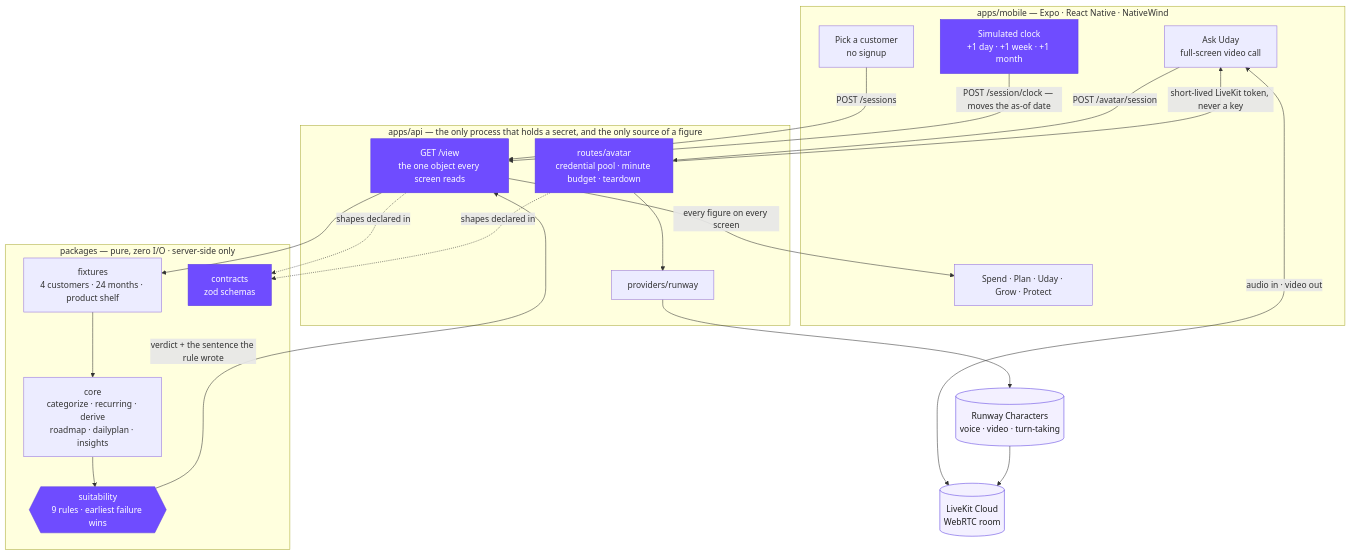
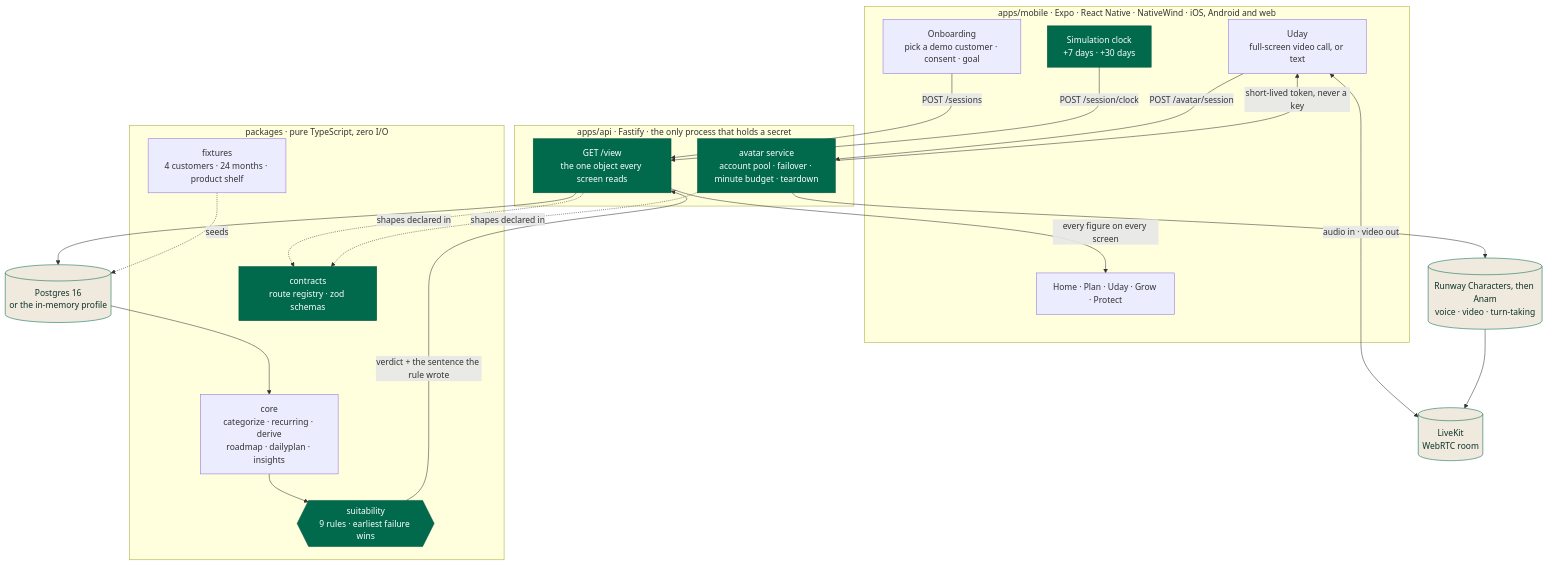
Before and after one commit to dhan-sarthi/dhan-sarthi: the second of 4 diagrams in README.md, drawn with Mermaid. The commit also changed other lines of this file and 18 other files, not shown here.

First line of the commit message:
Rewrite the README around the app as it is, with screens from the live deployment

````diff
--- a/README.md
+++ b/README.md
@@ -41,46 +158,49 @@
 ```mermaid
 flowchart TB
-    subgraph web["apps/mobile — Expo · React Native · NativeWind"]
-      PICK["Pick a customer<br/>no signup"]
-      TABS["Spend · Plan · Uday · Grow · Protect"]
-      ASK["Ask Uday<br/>full-screen video call"]
-      CLOCK["Simulated clock<br/>+1 day · +1 week · +1 month"]
+    subgraph app["apps/mobile · Expo · React Native · NativeWind · iOS, Android and web"]
+      ONB["Onboarding<br/>pick a demo customer · consent · goal"]
+      TABS["Home · Plan · Uday · Grow · Protect"]
+      CALL["Uday<br/>full-screen video call, or text"]
+      CLOCK["Simulation clock<br/>+7 days · +30 days"]
     end
 
-    subgraph api["apps/api — the only process that holds a secret, and the only source of a figure"]
+    subgraph api["apps/api · Fastify · the only process that holds a secret"]
       VIEW["GET /view<br/>the one object every screen reads"]
-      ROUTE["routes/avatar<br/>credential pool · minute budget · teardown"]
-      RW["providers/runway"]
+      AV["avatar service<br/>account pool · failover · minute budget · teardown"]
     end
 
-    subgraph packages["packages — pure, zero I/O · server-side only"]
+    subgraph packages["packages · pure TypeScript, zero I/O"]
       FIX["fixtures<br/>4 customers · 24 months · product shelf"]
       CORE["core<br/>categorize · recurring · derive<br/>roadmap · dailyplan · insights"]
       GATE{{"suitability<br/>9 rules · earliest failure wins"}}
-      CON["contracts<br/>zod schemas"]
+      CON["contracts<br/>route registry · zod schemas"]
     end
 
-    RUNWAY[("Runway Characters<br/>voice · video · turn-taking")]
-    LK[("LiveKit Cloud<br/>WebRTC room")]
+    DB[("Postgres 16<br/>or the in-memory profile")]
+    PROV[("Runway Characters, then Anam<br/>voice · video · turn-taking")]
+    LK[("LiveKit<br/>WebRTC room")]
 
-    PICK -->|POST /sessions| VIEW
-    CLOCK -->|POST /session/clock — moves the as-of date| VIEW
-    VIEW --> FIX --> CORE
+    ONB -->|POST /sessions| VIEW
+    CLOCK -->|POST /session/clock| VIEW
+    VIEW --> DB
+    DB --> CORE
+    FIX -.->|seeds| DB
     CORE --> GATE
     GATE -->|verdict + the sentence the rule wrote| VIEW
     VIEW -->|every figure on every screen| TABS
-    ASK -->|POST /avatar/session| ROUTE --> RW --> RUNWAY
-    ROUTE -->|short-lived LiveKit token, never a key| ASK
-    ASK <-->|audio in · video out| LK
-    RUNWAY --> LK
+    CALL -->|POST /avatar/session| AV --> PROV
+    AV -->|short-lived token, never a key| CALL
+    CALL <-->|audio in · video out| LK
+    PROV --> LK
     VIEW -.->|shapes declared in| CON
-    ROUTE -.->|shapes declared in| CON
+    AV -.->|shapes declared in| CON
 
-    style GATE fill:#6f4cff,color:#fff,stroke:#5a3de0
-    style CON fill:#6f4cff,color:#fff,stroke:#5a3de0
-    style ROUTE fill:#6f4cff,color:#fff,stroke:#5a3de0
-    style VIEW fill:#6f4cff,color:#fff,stroke:#5a3de0
-    style CLOCK fill:#6f4cff,color:#fff,stroke:#5a3de0
-    style RUNWAY fill:#f3f0ff,stroke:#5a3de0,color:#1d1d1d
-    style LK fill:#f3f0ff,stroke:#5a3de0,color:#1d1d1d
+    style GATE fill:#016A4D,color:#fff,stroke:#01513B
+    style CON fill:#016A4D,color:#fff,stroke:#01513B
+    style AV fill:#016A4D,color:#fff,stroke:#01513B
+    style VIEW fill:#016A4D,color:#fff,stroke:#01513B
+    style CLOCK fill:#016A4D,color:#fff,stroke:#01513B
+    style PROV fill:#EFE9DE,stroke:#016A4D,color:#0E3329
+    style LK fill:#EFE9DE,stroke:#016A4D,color:#0E3329
+    style DB fill:#EFE9DE,stroke:#016A4D,color:#0E3329
 ```
````
